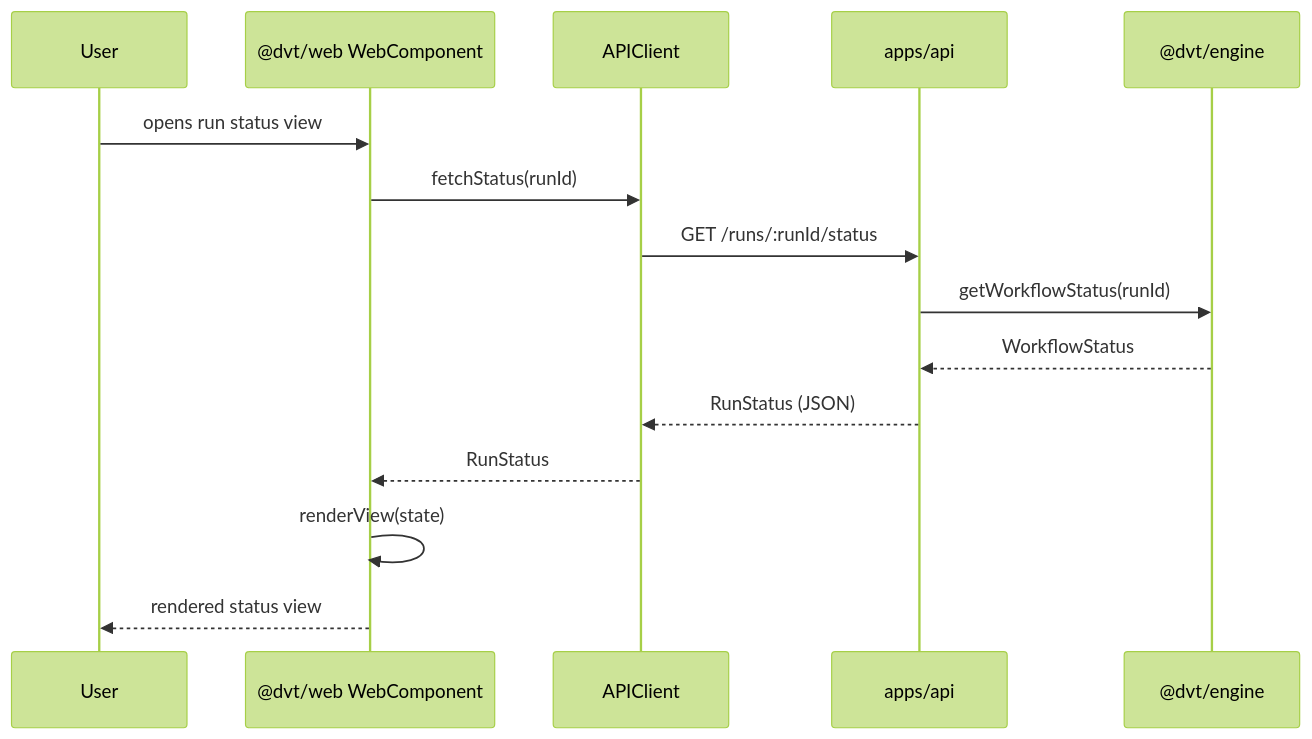
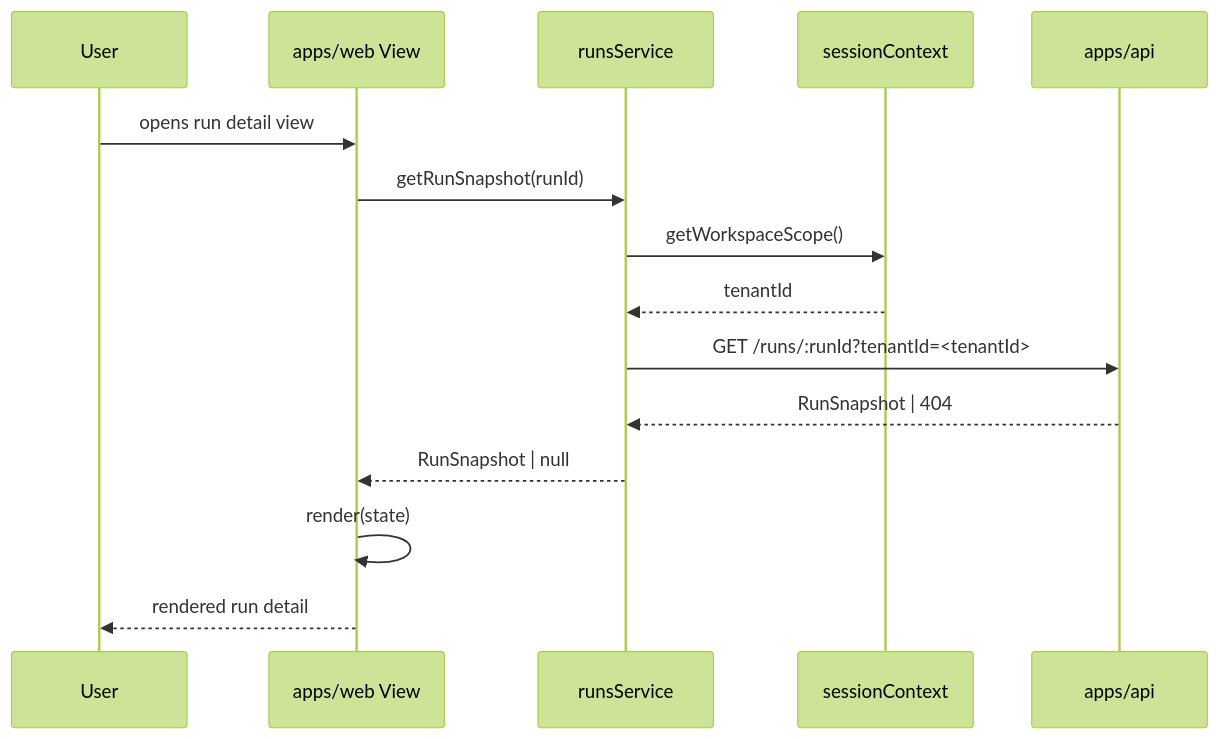
Before and after one commit to dunay2/dvt: the diagram in docs/architecture/components/web/web-sequence.md, drawn with Mermaid (forest theme). The commit also changed other lines of this file and 12 other files, not shown here.

Commit message:
docs(docs): Align web architecture docs with runtime

````diff
--- a/docs/architecture/components/web/web-sequence.md
+++ b/docs/architecture/components/web/web-sequence.md
@@ -12,18 +16,18 @@
 ```mermaid
 sequenceDiagram
   participant User
-  participant WebComponent as @dvt/web WebComponent
-  participant APIClient
+  participant View as apps/web View
+  participant Service as runsService
+  participant Session as sessionContext
   participant API as apps/api
-  participant Engine as @dvt/engine
 
-  User->>WebComponent: opens run status view
-  WebComponent->>APIClient: fetchStatus(runId)
-  APIClient->>API: GET /runs/:runId/status
-  API->>Engine: getWorkflowStatus(runId)
-  Engine-->>API: WorkflowStatus
-  API-->>APIClient: RunStatus (JSON)
-  APIClient-->>WebComponent: RunStatus
-  WebComponent->>WebComponent: renderView(state)
-  WebComponent-->>User: rendered status view
+  User->>View: opens run detail view
+  View->>Service: getRunSnapshot(runId)
+  Service->>Session: getWorkspaceScope()
+  Session-->>Service: tenantId
+  Service->>API: GET /runs/:runId?tenantId=<tenantId>
+  API-->>Service: RunSnapshot | 404
+  Service-->>View: RunSnapshot | null
+  View->>View: render(state)
+  View-->>User: rendered run detail
 ```
````
